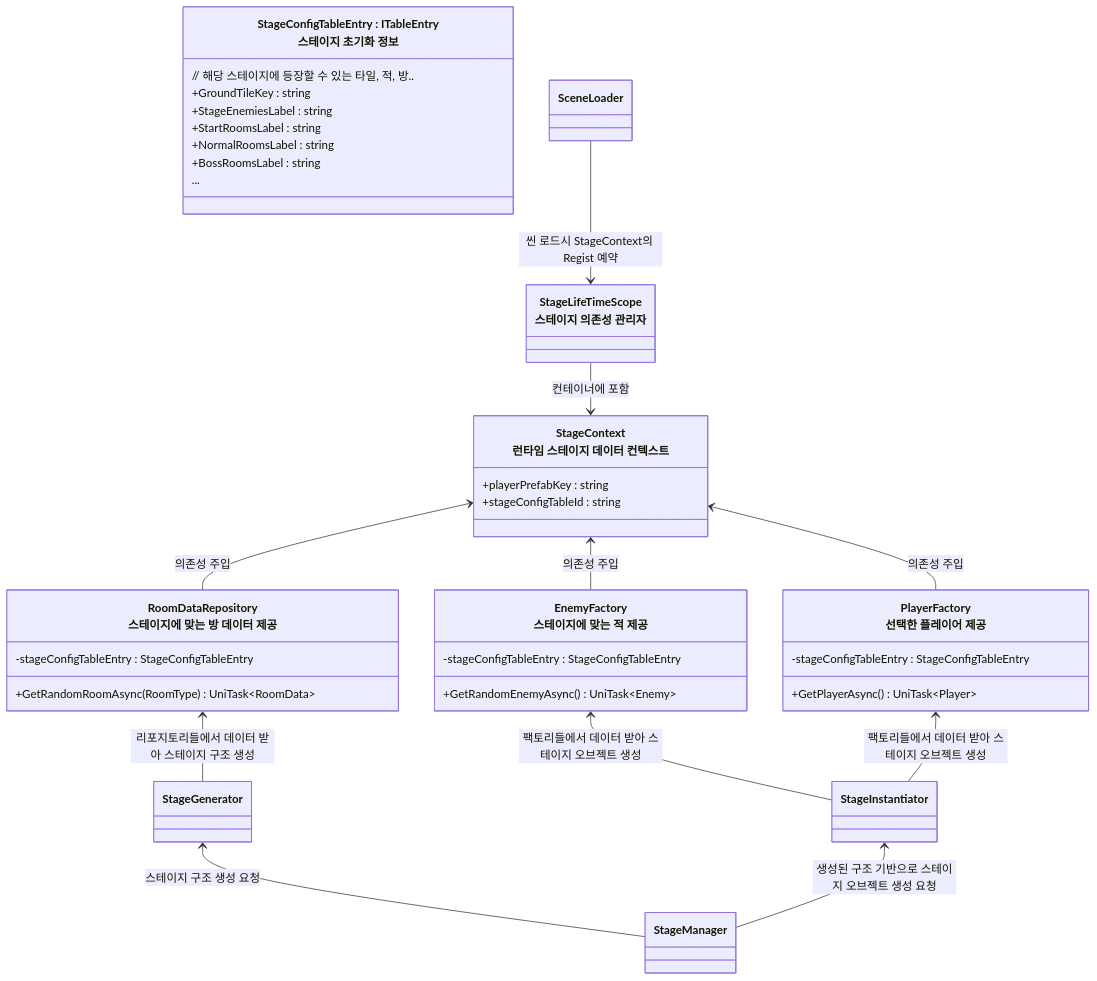
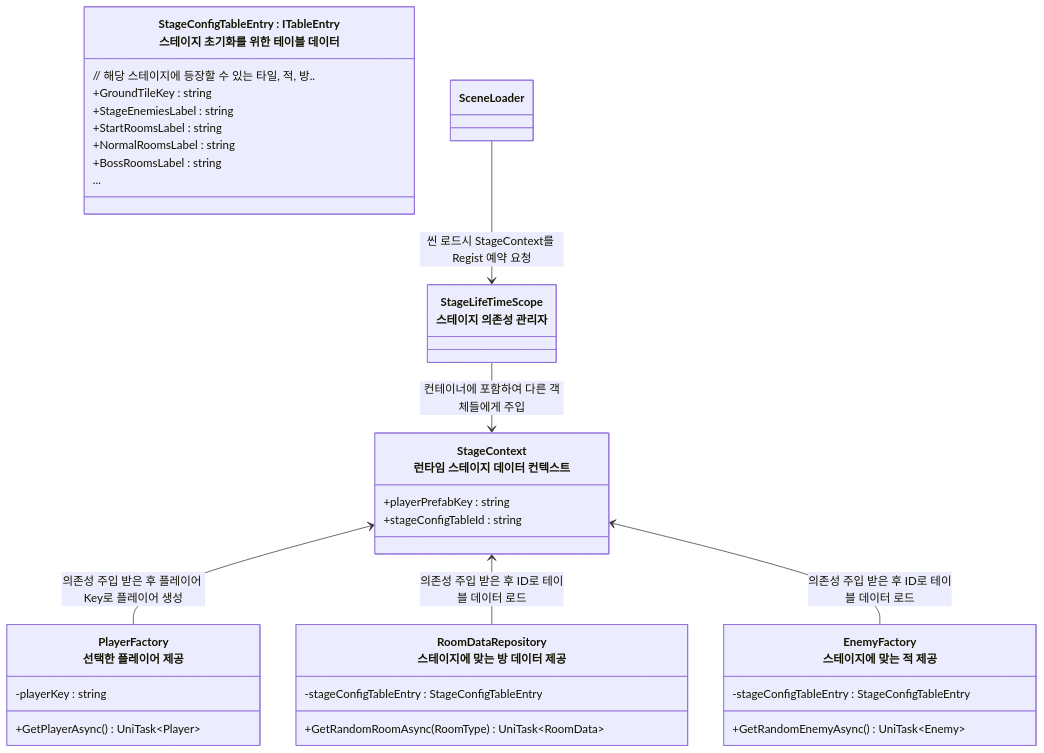
The third of 5 diagrams in README/스테이지_설계.md (JIN5EOK/DungeonShooter), drawn with Mermaid before and after one commit. The commit also changed other lines of this file and 3 other files, not shown here.

````diff
--- a/README/스테이지_설계.md
+++ b/README/스테이지_설계.md
@@ -116,44 +116,39 @@
 ```mermaid
 classDiagram
-    class StageConfigTableEntry["StageConfigTableEntry : ITableEntry<br>스테이지 초기화 정보"]{
-        // 해당 스테이지에 등장할 수 있는 타일, 적, 방..
-        +GroundTileKey : string
-        +StageEnemiesLabel : string
-        +StartRoomsLabel : string
-        +NormalRoomsLabel : string
-        +BossRoomsLabel : string
-        ...
-    }
-
     class StageContext["StageContext<br>런타임 스테이지 데이터 컨텍스트"]{
         +playerPrefabKey : string
         +stageConfigTableId : string
     }
     
     class RoomDataRepository["RoomDataRepository<br>스테이지에 맞는 방 데이터 제공"]{
         -stageConfigTableEntry : StageConfigTableEntry
         +GetRandomRoomAsync(RoomType) UniTask~RoomData~
     }
     
     class EnemyFactory["EnemyFactory<br>스테이지에 맞는 적 제공"]{
         -stageConfigTableEntry : StageConfigTableEntry
         +GetRandomEnemyAsync() UniTask~Enemy~
     }
 
     class PlayerFactory["PlayerFactory<br>선택한 플레이어 제공"]{
-        -stageConfigTableEntry : StageConfigTableEntry
+        -playerKey : string
         +GetPlayerAsync() UniTask~Player~
     }
+    
+    class StageConfigTableEntry["StageConfigTableEntry : ITableEntry<br>스테이지 초기화를 위한 테이블 데이터"]{
+        // 해당 스테이지에 등장할 수 있는 타일, 적, 방..
+        +GroundTileKey : string
+        +StageEnemiesLabel : string
+        +StartRoomsLabel : string
+        +NormalRoomsLabel : string
+        +BossRoomsLabel : string
+        ...
+    }
 
-    SceneLoader --> StageLifeTimeScope : 씬 로드시 StageContext의 Regist 예약
+    SceneLoader --> StageLifeTimeScope : 씬 로드시 StageContext를 Regist 예약 요청
     class StageLifeTimeScope["StageLifeTimeScope<br>스테이지 의존성 관리자"]
-    StageContext <-- PlayerFactory : 의존성 주입
-    StageLifeTimeScope --> StageContext  : 컨테이너에 포함
-    StageContext <-- RoomDataRepository : 의존성 주입
-    StageContext <-- EnemyFactory : 의존성 주입
-    RoomDataRepository <-- StageGenerator : 리포지토리들에서 데이터 받아 스테이지 구조 생성
-    EnemyFactory <-- StageInstantiator : 팩토리들에서 데이터 받아 스테이지 오브젝트 생성
-    PlayerFactory <-- StageInstantiator : 팩토리들에서 데이터 받아 스테이지 오브젝트 생성
-    StageGenerator <-- StageManager : 스테이지 구조 생성 요청
-    StageInstantiator <-- StageManager : 생성된 구조 기반으로 스테이지 오브젝트 생성 요청
+    StageContext <-- PlayerFactory : 의존성 주입 받은 후 플레이어 Key로 플레이어 생성
+    StageLifeTimeScope --> StageContext  : 컨테이너에 포함하여 다른 객체들에게 주입
+    StageContext <-- RoomDataRepository : 의존성 주입 받은 후 ID로 테이블 데이터 로드
+    StageContext <-- EnemyFactory : 의존성 주입 받은 후 ID로 테이블 데이터 로드
 ```
````
